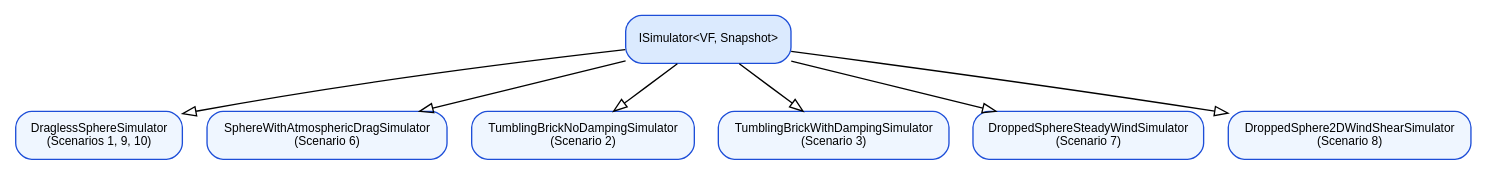
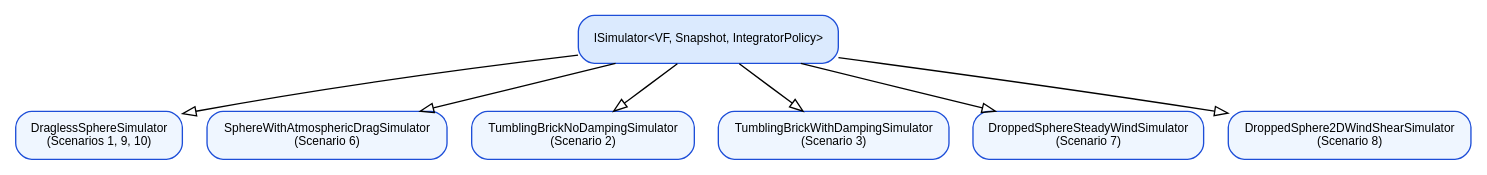
The fourth of 5 diagrams in doc/api.rst (onurtuncer/Aetherion), drawn with Graphviz before and after one commit. The commit also changed other lines of this file and 8 other files, not shown here.

First line of the commit message:
feat(ODE): add IntegratorFor concept and expose IntegratorPolicy in integration API

```diff
--- a/doc/api.rst
+++ b/doc/api.rst
@@ -369,31 +476,31 @@
 .. graphviz::
    :caption: ISimulator inheritance — one concrete class per NASA scenario group
 
    digraph Simulators {
      graph [rankdir=TB fontname="sans-serif" fontsize=11]
      node  [shape=box style="filled,rounded" fontname="sans-serif" fontsize=9]
      edge  [arrowhead=empty color="#555"]
 
-     IS [label="ISimulator\<VF, Snapshot\>"
+     IS [label="ISimulator\<VF, Snapshot, IntegratorPolicy\>"
          fillcolor="#DBEAFE" color="#1D4ED8" shape=box]
 
      DS  [label="DraglessSphereSimulator\n(Scenarios 1, 9, 10)"
           fillcolor="#EFF6FF" color="#1D4ED8"]
      SW  [label="SphereWithAtmosphericDragSimulator\n(Scenario 6)"
           fillcolor="#EFF6FF" color="#1D4ED8"]
      TN  [label="TumblingBrickNoDampingSimulator\n(Scenario 2)"
           fillcolor="#EFF6FF" color="#1D4ED8"]
      TW  [label="TumblingBrickWithDampingSimulator\n(Scenario 3)"
           fillcolor="#EFF6FF" color="#1D4ED8"]
      SSW [label="DroppedSphereSteadyWindSimulator\n(Scenario 7)"
           fillcolor="#EFF6FF" color="#1D4ED8"]
      S2W [label="DroppedSphere2DWindShearSimulator\n(Scenario 8)"
           fillcolor="#EFF6FF" color="#1D4ED8"]
 
      IS -> DS
      IS -> SW
      IS -> TN
      IS -> TW
      IS -> SSW
      IS -> S2W
    }
```
